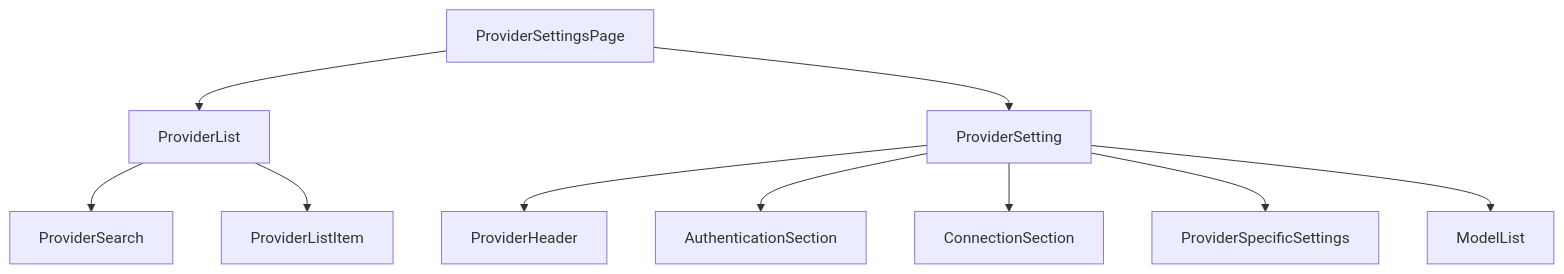
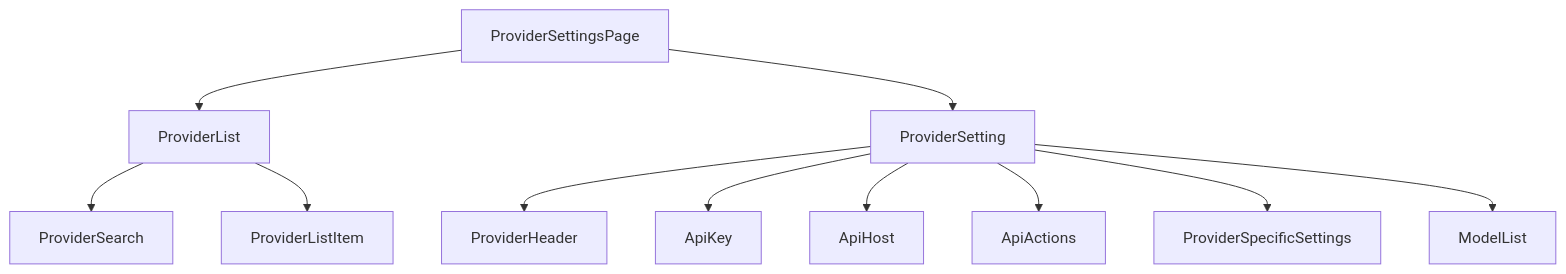
Before and after one commit to jidan745le/cherry-studio: the fifth of 7 diagrams in docs/provider-settings-v2-refactor-plan.md, drawn with Mermaid. The commit also changed other lines of this file and 63 other files, not shown here.

Commit message:
refactor(provider-settings): split provider settings domains

````diff
--- a/docs/provider-settings-v2-refactor-plan.md
+++ b/docs/provider-settings-v2-refactor-plan.md
@@ -529,15 +529,16 @@
 ```mermaid
 graph TD
   A[ProviderSettingsPage]
   A --> B[ProviderList]
   A --> C[ProviderSetting]
 
   B --> B1[ProviderSearch]
   B --> B2[ProviderListItem]
 
   C --> C1[ProviderHeader]
-  C --> C2[AuthenticationSection]
-  C --> C3[ConnectionSection]
-  C --> C4[ProviderSpecificSettings]
-  C --> C5[ModelList]
+  C --> C2[ApiKey]
+  C --> C3[ApiHost]
+  C --> C4[ApiActions]
+  C --> C5[ProviderSpecificSettings]
+  C --> C6[ModelList]
 ```
````
